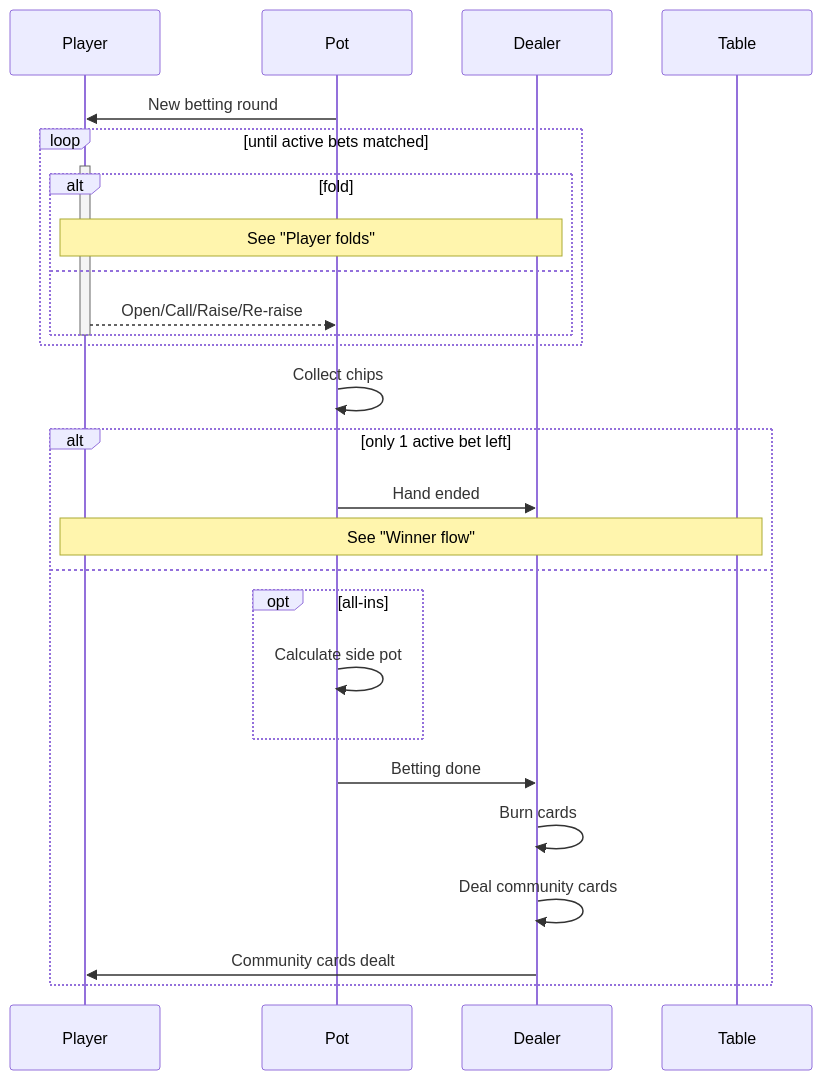
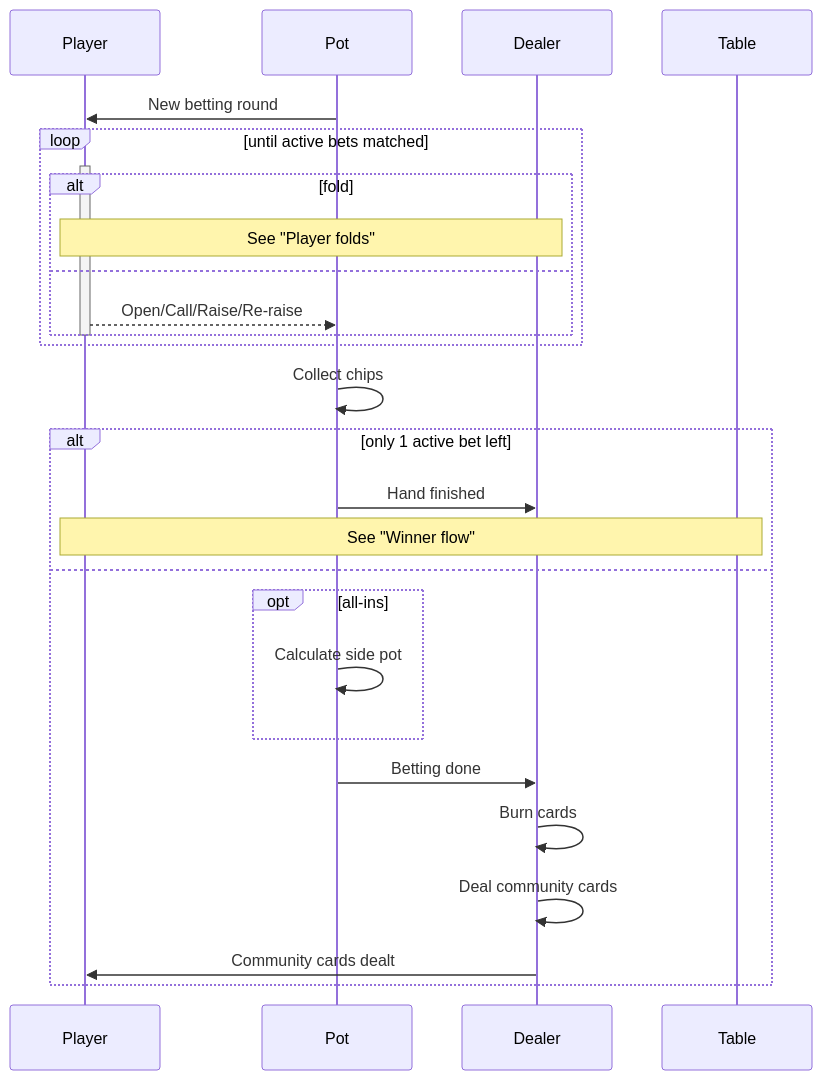
The diagram in docs/mermaids/betting_flow.mmd (ethan605/goker), drawn with Mermaid before and after one commit. The commit also changed 5 other files, not shown here.

Commit message:
Update diagrams

```diff
--- a/docs/mermaids/betting_flow.mmd
+++ b/docs/mermaids/betting_flow.mmd
@@ -1,32 +1,32 @@
 sequenceDiagram
     participant Player
     participant Pot
     participant Dealer
     participant Table
 
     Pot->>Player: New betting round
 
     loop until active bets matched
     activate Player
         alt fold
             Note over Player,Dealer: See "Player folds"
         else
             Player-->>Pot: Open/Call/Raise/Re-raise
         end
     deactivate Player
     end
 
     Pot->>Pot: Collect chips
 
     alt only 1 active bet left
-        Pot->>Dealer: Hand ended
+        Pot->>Dealer: Hand finished
         Note over Player,Table: See "Winner flow"
     else
         opt all-ins
             Pot->>Pot: Calculate side pot
         end
         Pot->>Dealer: Betting done
         Dealer->>Dealer: Burn cards
         Dealer->>Dealer: Deal community cards
         Dealer->>Player: Community cards dealt
     end
```
